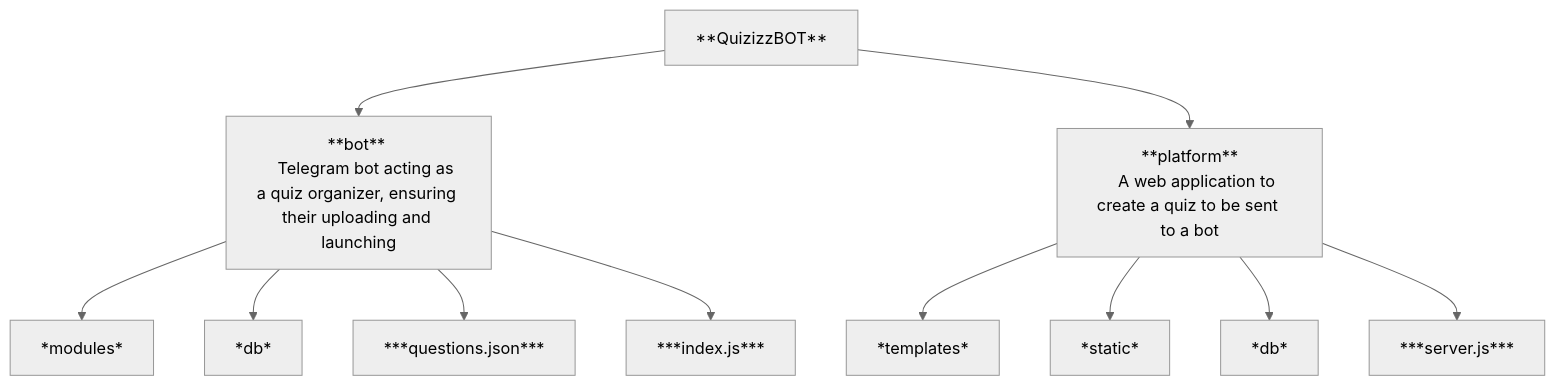
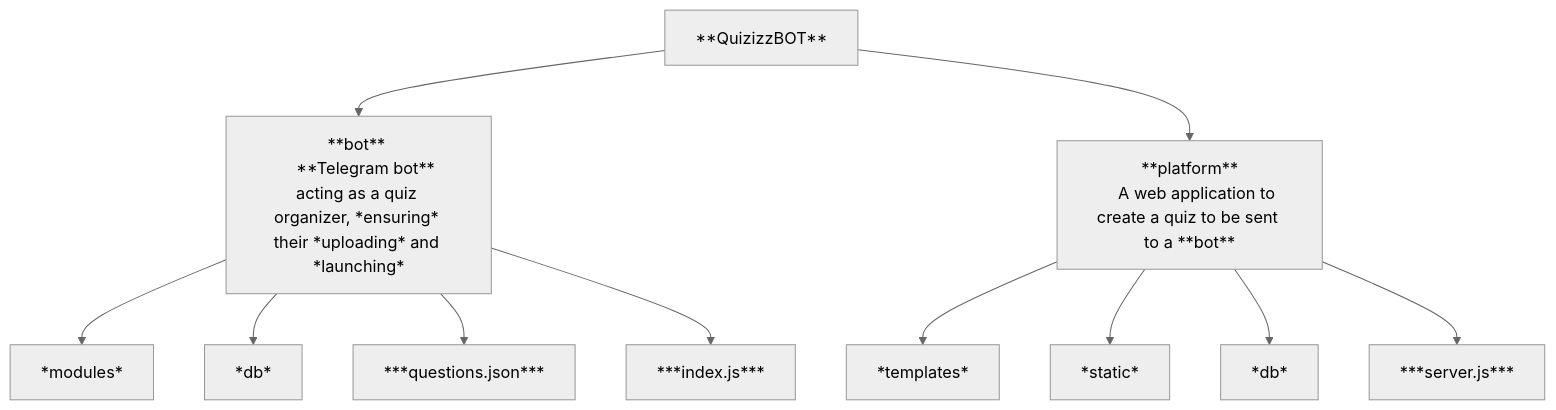
One commit to FeliksNovoselskyi/QuizizzBOT changed the diagram in readme.md. Above: the diagram before and after it, drawn with Mermaid (neutral theme). The commit also changed other lines of this file, not shown here.

````diff
--- a/readme.md
+++ b/readme.md
@@ -109,14 +109,14 @@
 ```mermaid
 graph TD;
     A[**QuizizzBOT**] --> B[**bot** 
-    Telegram bot acting as a quiz organizer, ensuring their uploading and launching] --> b1[*modules*];
+    **Telegram bot** acting as a quiz organizer, *ensuring* their *uploading* and *launching*] --> b1[*modules*];
     B --> b2[*db*];
     B --> b3[***questions.json***];
     B --> b4[***index.js***];
 
     A --> D[**platform**
-    A web application to create a quiz to be sent to a bot] --> d1[*templates*];
+    A web application to create a quiz to be sent to a **bot**] --> d1[*templates*];
     D --> d2[*static*];
     D --> d3[*db*];
     D --> d4[***server.js***];
 ```
````
